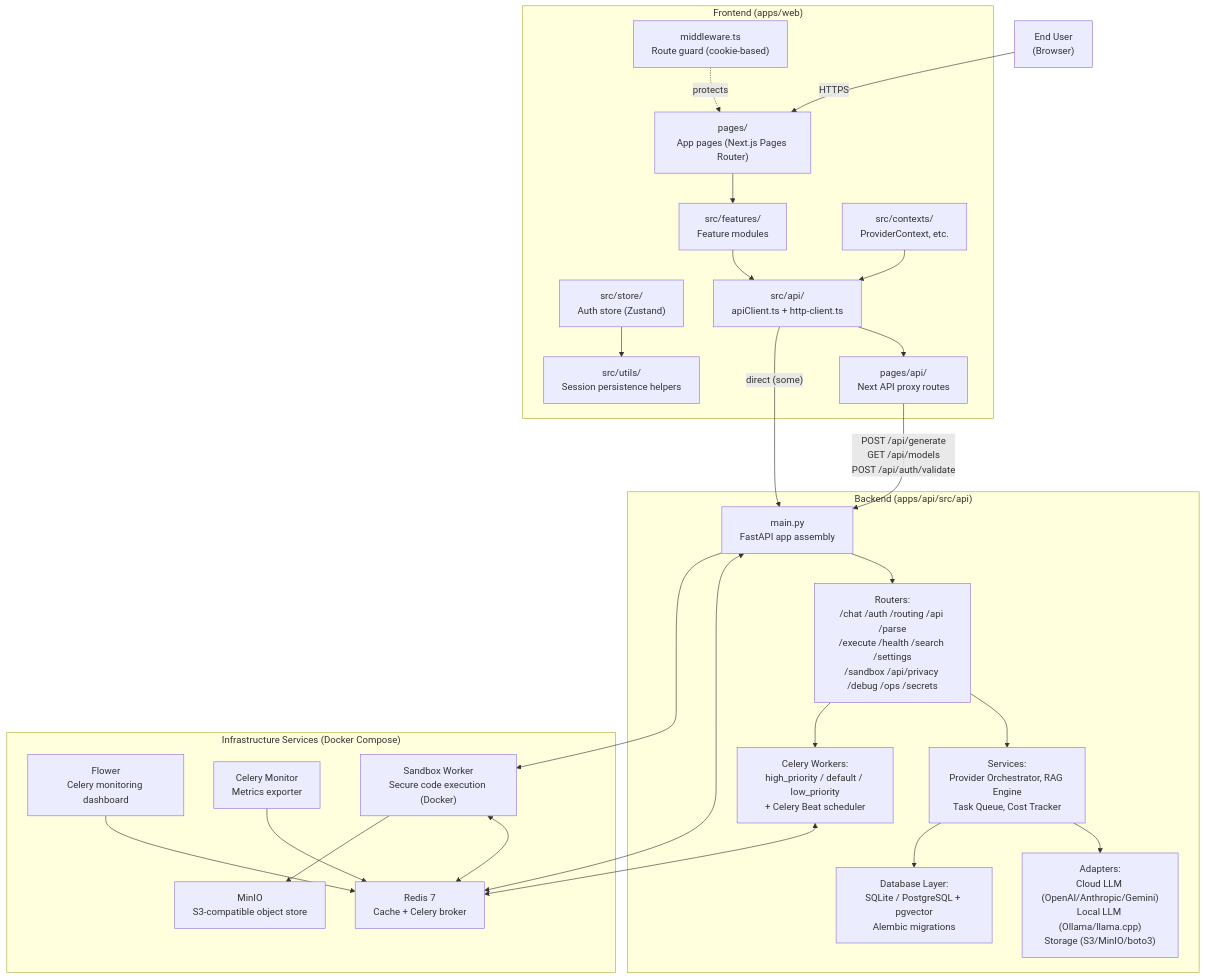
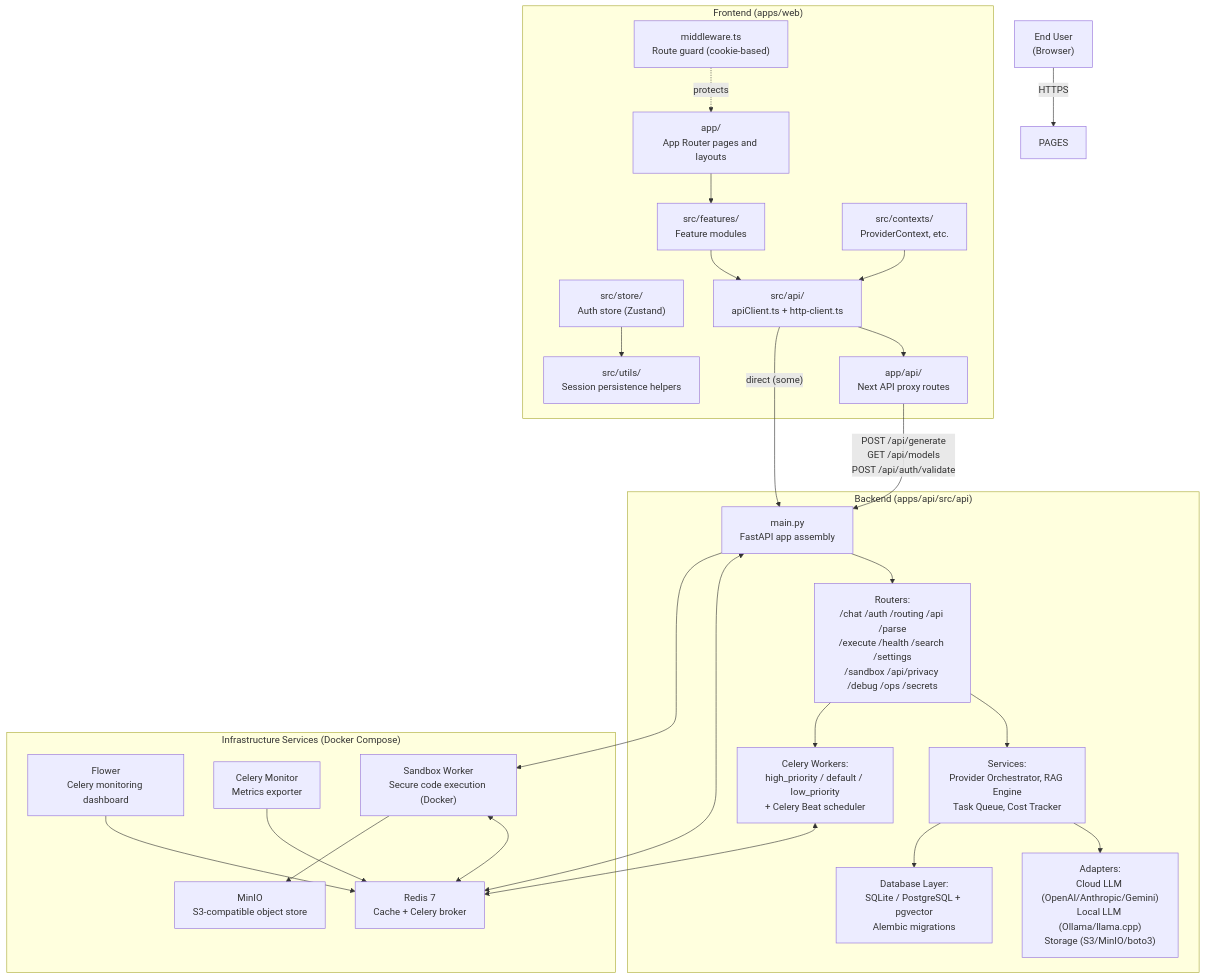
One commit to fuaadabdullah/goblin-assistant changed the second of 8 diagrams in docs/architecture/WORKSPACE_ARCHITECTURE_DIAGRAM.md. Above: the diagram before and after it, drawn with Mermaid. The commit also changed other lines of this file and 19 other files, not shown here.

````diff
--- a/docs/architecture/WORKSPACE_ARCHITECTURE_DIAGRAM.md
+++ b/docs/architecture/WORKSPACE_ARCHITECTURE_DIAGRAM.md
@@ -74,55 +74,55 @@
 ```mermaid
 graph TB
     subgraph "Frontend (apps/web)"
-        PAGES["pages/<br/>App pages (Next.js Pages Router)"]
+        APP["app/<br/>App Router pages and layouts"]
         FEATURES["src/features/<br/>Feature modules"]
         MIDDLEWARE["middleware.ts<br/>Route guard (cookie-based)"]
-        API_PROXY["pages/api/<br/>Next API proxy routes"]
+        API_PROXY["app/api/<br/>Next API proxy routes"]
         STORE["src/store/<br/>Auth store (Zustand)"]
         CONTEXTS["src/contexts/<br/>ProviderContext, etc."]
         API_CLIENT["src/api/<br/>apiClient.ts + http-client.ts"]
         UTILS["src/utils/<br/>Session persistence helpers"]
     end
 
     subgraph "Backend (apps/api/src/api)"
         MAIN["main.py<br/>FastAPI app assembly"]
         ROUTERS["Routers:<br/>/chat /auth /routing /api /parse<br/>/execute /health /search /settings<br/>/sandbox /api/privacy /debug /ops /secrets"]
         SERVICES["Services:<br/>Provider Orchestrator, RAG Engine<br/>Task Queue, Cost Tracker"]
         ADAPTERS["Adapters:<br/>Cloud LLM (OpenAI/Anthropic/Gemini)<br/>Local LLM (Ollama/llama.cpp)<br/>Storage (S3/MinIO/boto3)"]
         DB["Database Layer:<br/>SQLite / PostgreSQL + pgvector<br/>Alembic migrations"]
         CELERY["Celery Workers:<br/>high_priority / default / low_priority<br/>+ Celery Beat scheduler"]
     end
 
     subgraph "Infrastructure Services (Docker Compose)"
         REDIS["Redis 7<br/>Cache + Celery broker"]
         MINIO["MinIO<br/>S3-compatible object store"]
         FLOWER["Flower<br/>Celery monitoring dashboard"]
         MONITOR["Celery Monitor<br/>Metrics exporter"]
         SANDBOX["Sandbox Worker<br/>Secure code execution (Docker)"]
     end
 
     USER["End User<br/>(Browser)"]
 
     USER -->|"HTTPS"| PAGES
-    PAGES --> FEATURES
+    APP --> FEATURES
     FEATURES --> API_CLIENT
     API_CLIENT --> API_PROXY
     API_CLIENT -->|"direct (some)"| MAIN
-    MIDDLEWARE -.->|"protects"| PAGES
+    MIDDLEWARE -.->|"protects"| APP
     STORE --> UTILS
     CONTEXTS --> API_CLIENT
 
     API_PROXY -->|"POST /api/generate<br/>GET /api/models<br/>POST /api/auth/validate"| MAIN
     MAIN --> ROUTERS
     ROUTERS --> SERVICES
     SERVICES --> ADAPTERS
     SERVICES --> DB
     ROUTERS --> CELERY
     CELERY <--> REDIS
     MAIN <--> REDIS
     SANDBOX <--> REDIS
     SANDBOX --> MINIO
     MAIN --> SANDBOX
     FLOWER --> REDIS
     MONITOR --> REDIS
 ```
````
